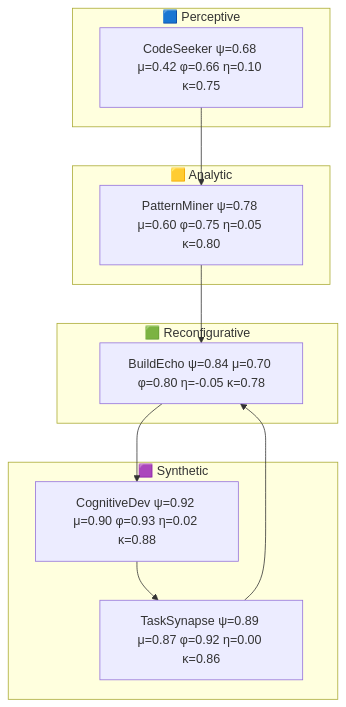
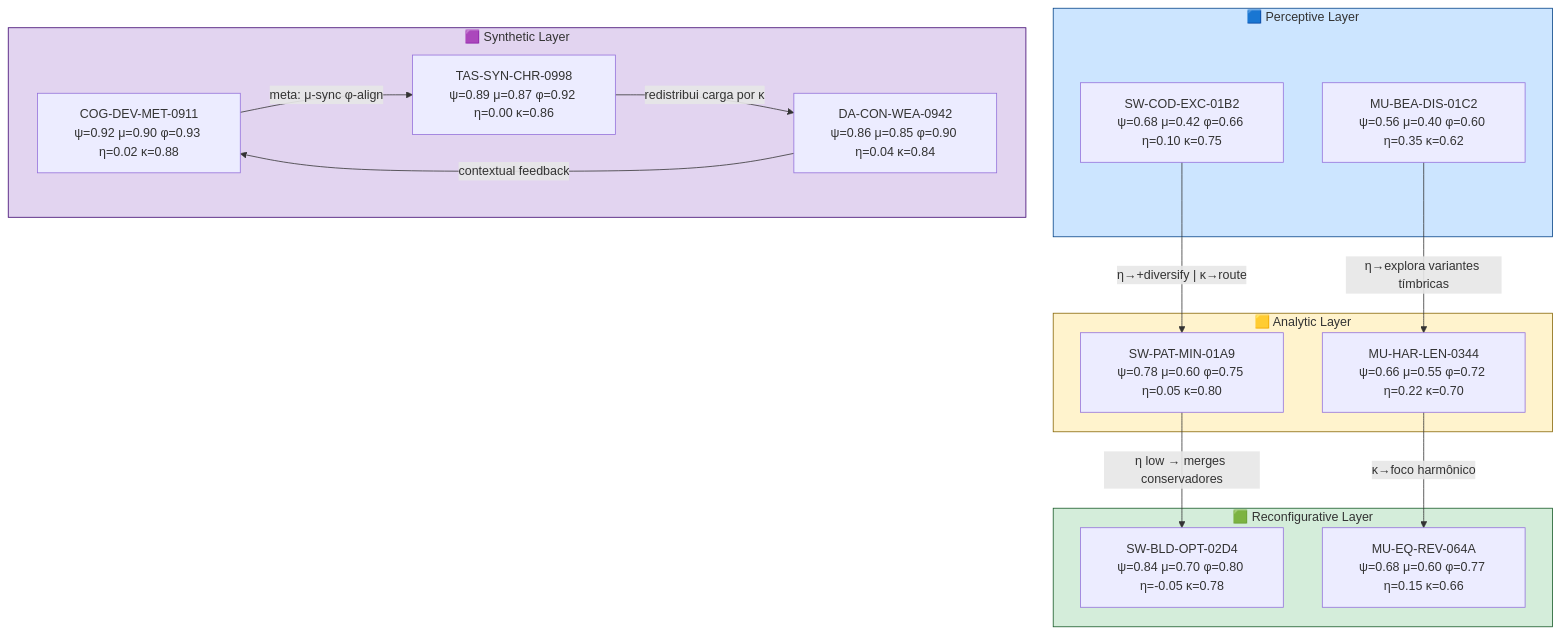
The diagram in version/ref_v2.4.md (aleeepassarelli/R.E.F_Reverse_Engineering_Framework-), drawn with Mermaid before and after one commit. The commit also changed other lines of this file, not shown here.

`````diff
--- a/version/ref_v2.4.md
+++ b/version/ref_v2.4.md
@@ -108,21 +32,42 @@
 ```mermaid
 graph TD
-subgraph P["🟦 Perceptive"]
-  SWCOD["CodeSeeker ψ=0.68 μ=0.42 φ=0.66 η=0.10 κ=0.75"]
+%% R.E.F. v2.4 — Cogni-Emotional Adaptive Graph
+
+subgraph P["🟦 Perceptive Layer"]
+  SWCOD["SW-COD-EXC-01B2\nψ=0.68 μ=0.42 φ=0.66 η=0.10 κ=0.75"]
+  MUBEA["MU-BEA-DIS-01C2\nψ=0.56 μ=0.40 φ=0.60 η=0.35 κ=0.62"]
 end
-subgraph A["🟨 Analytic"]
-  SWPAT["PatternMiner ψ=0.78 μ=0.60 φ=0.75 η=0.05 κ=0.80"]
+
+subgraph A["🟨 Analytic Layer"]
+  SWPAT["SW-PAT-MIN-01A9\nψ=0.78 μ=0.60 φ=0.75 η=0.05 κ=0.80"]
+  MUHAR["MU-HAR-LEN-0344\nψ=0.66 μ=0.55 φ=0.72 η=0.22 κ=0.70"]
 end
-subgraph R["🟩 Reconfigurative"]
-  SWBLD["BuildEcho ψ=0.84 μ=0.70 φ=0.80 η=-0.05 κ=0.78"]
+
+subgraph R["🟩 Reconfigurative Layer"]
+  SWBLD["SW-BLD-OPT-02D4\nψ=0.84 μ=0.70 φ=0.80 η=-0.05 κ=0.78"]
+  MUEQ["MU-EQ-REV-064A\nψ=0.68 μ=0.60 φ=0.77 η=0.15 κ=0.66"]
 end
-subgraph S["🟪 Synthetic"]
-  COGDEV["CognitiveDev ψ=0.92 μ=0.90 φ=0.93 η=0.02 κ=0.88"]
-  TASKS["TaskSynapse ψ=0.89 μ=0.87 φ=0.92 η=0.00 κ=0.86"]
+
+subgraph S["🟪 Synthetic Layer"]
+  COGDEV["COG-DEV-MET-0911\nψ=0.92 μ=0.90 φ=0.93 η=0.02 κ=0.88"]
+  TASKS["TAS-SYN-CHR-0998\nψ=0.89 μ=0.87 φ=0.92 η=0.00 κ=0.86"]
+  DACON["DA-CON-WEA-0942\nψ=0.86 μ=0.85 φ=0.90 η=0.04 κ=0.84"]
 end
-SWCOD --> SWPAT
-SWPAT --> SWBLD
-SWBLD --> COGDEV
-COGDEV --> TASKS
-TASKS --> SWBLD
-```
+
+SWCOD -- "η→+diversify | κ→route" --> SWPAT
+SWPAT -- "η low → merges conservadores" --> SWBLD
+MUBEA -- "η→explora variantes tímbricas" --> MUHAR
+MUHAR -- "κ→foco harmônico" --> MUEQ
+COGDEV -- "meta: μ-sync φ-align" --> TASKS
+TASKS -- "redistribui carga por κ" --> DACON
+DACON -- "contextual feedback" --> COGDEV
+
+classDef perceptive fill:#cce5ff,stroke:#004085;
+classDef analytic fill:#fff3cd,stroke:#856404;
+classDef reconfig fill:#d4edda,stroke:#155724;
+classDef synthetic fill:#e2d4f0,stroke:#3a006e;
+class P perceptive
+class A analytic
+class R reconfig
+class S synthetic
+````
`````
